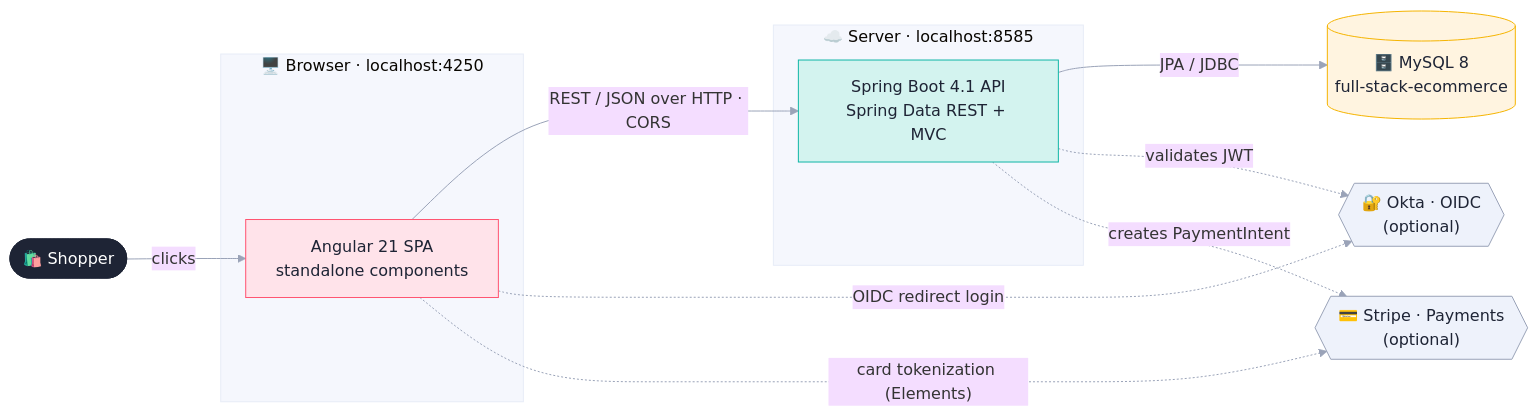
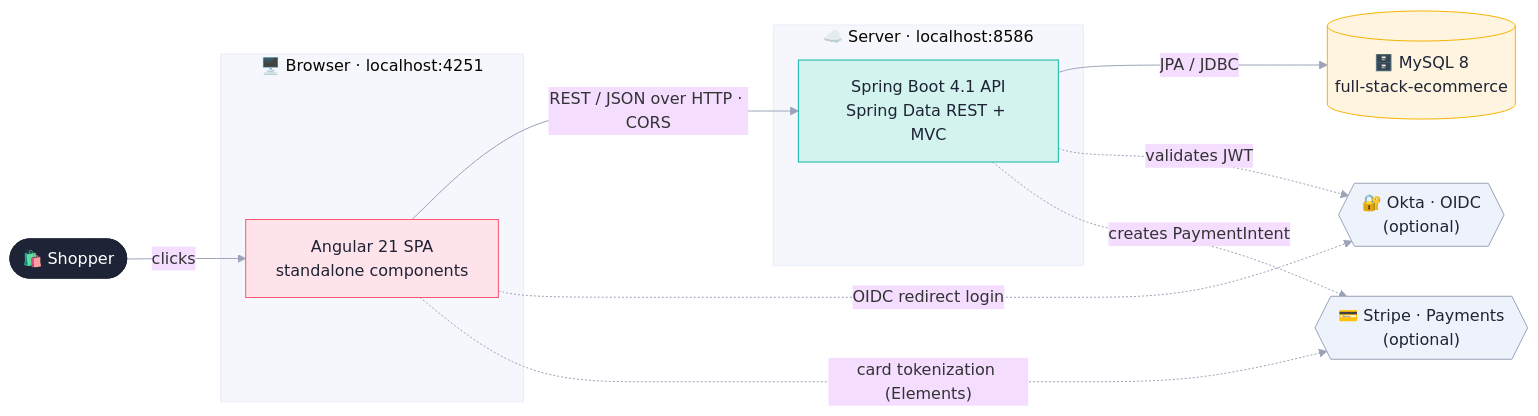
One commit to bbobbylon/AngularECommerceApp changed the first of 6 diagrams in docs/ARCHITECTURE.md. Above: the diagram before and after it, drawn with Mermaid. The commit also changed other lines of this file and 11 other files, not shown here.

````diff
--- a/docs/ARCHITECTURE.md
+++ b/docs/ARCHITECTURE.md
@@ -21,31 +21,31 @@
 ```mermaid
 %%{init: {'theme':'base','themeVariables':{'fontFamily':'DM Sans, system-ui, sans-serif','lineColor':'#9aa3b8','clusterBkg':'#f5f7fd','clusterBorder':'#e7ecf7','clusterTextColor':'#1e2435'}}}%%
 flowchart LR
   user([🛍️  Shopper]):::user
 
-  subgraph Browser["🖥️  Browser · localhost:4250"]
+  subgraph Browser["🖥️  Browser · localhost:4251"]
     spa["Angular 21 SPA<br/>standalone components"]:::fe
   end
 
-  subgraph Cloud["☁️  Server · localhost:8585"]
+  subgraph Cloud["☁️  Server · localhost:8586"]
     api["Spring Boot 4.1 API<br/>Spring Data REST + MVC"]:::be
   end
 
   db[("🗄️  MySQL 8<br/>full-stack-ecommerce")]:::db
   okta{{"🔐  Okta · OIDC<br/>(optional)"}}:::ext
   stripe{{"💳  Stripe · Payments<br/>(optional)"}}:::ext
 
   user -->|clicks| spa
   spa -->|"REST / JSON over HTTP · CORS"| api
   api -->|"JPA / JDBC"| db
   spa -.->|"OIDC redirect login"| okta
   api -.->|"validates JWT"| okta
   spa -.->|"card tokenization (Elements)"| stripe
   api -.->|"creates PaymentIntent"| stripe
 
   classDef user fill:#1e2435,stroke:#1e2435,color:#ffffff;
   classDef fe fill:#ffe3ea,stroke:#ff5470,color:#1e2435;
   classDef be fill:#d3f3ef,stroke:#10b6a6,color:#1e2435;
   classDef db fill:#fff4e0,stroke:#f5b400,color:#1e2435;
   classDef ext fill:#eef2fb,stroke:#9aa3b8,color:#1e2435;
 ```
````
